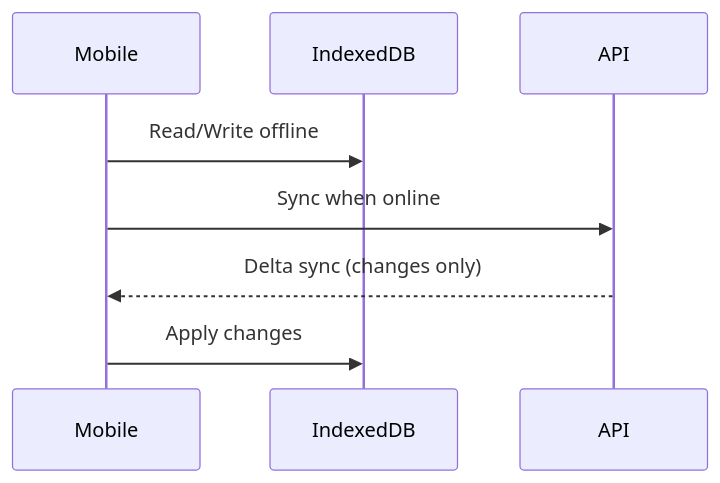
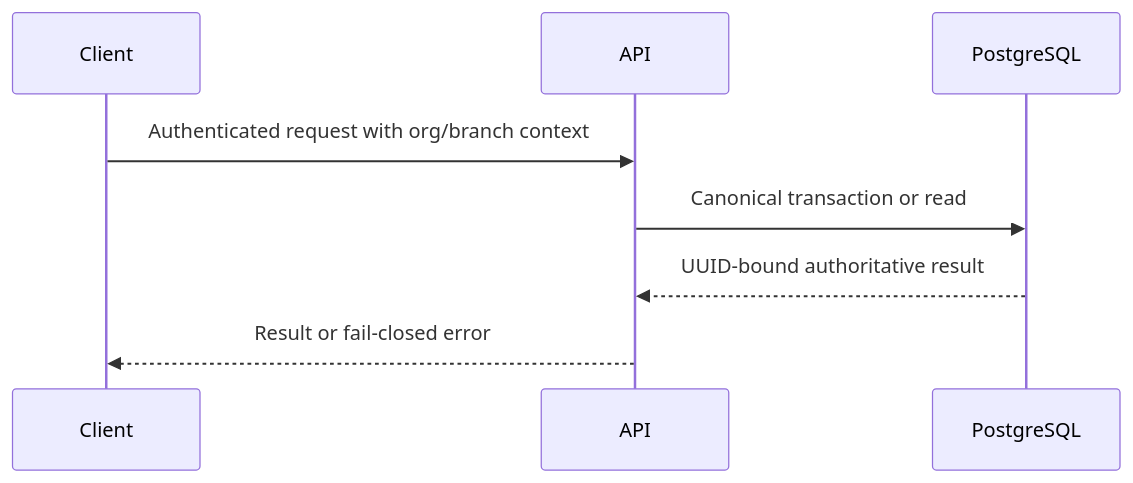
One commit to vikasgargbear/production-infra changed the third of 6 diagrams in docs/backend/architecture/system-design.md. Above: the diagram before and after it, drawn with Mermaid. The commit also changed other lines of this file and 21 other files, not shown here.

````diff
--- a/docs/backend/architecture/system-design.md
+++ b/docs/backend/architecture/system-design.md
@@ -92,11 +91,11 @@
 ```mermaid
 sequenceDiagram
-    participant Mobile
-    participant IndexedDB
+    participant Client
     participant API
+    participant PostgreSQL
 
-    Mobile->>IndexedDB: Read/Write offline
-    Mobile->>API: Sync when online
-    API-->>Mobile: Delta sync (changes only)
-    Mobile->>IndexedDB: Apply changes
+    Client->>API: Authenticated request with org/branch context
+    API->>PostgreSQL: Canonical transaction or read
+    PostgreSQL-->>API: UUID-bound authoritative result
+    API-->>Client: Result or fail-closed error
 ```
````
